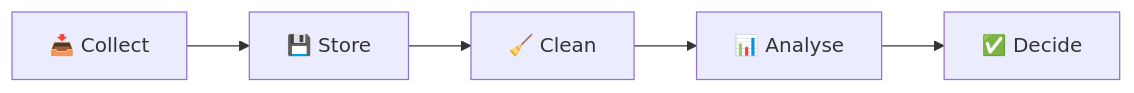
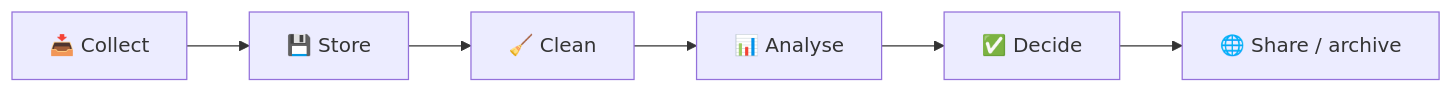
Before and after one commit to MindaugasSarpis/CERN_lessons_on_data_analysis: the first of 2 diagrams in lectures/content/slides/02_Introduction_to_Data.md, drawn with Mermaid. The commit also changed other lines of this file and 4 other files, not shown here.

````diff
--- a/lectures/content/slides/02_Introduction_to_Data.md
+++ b/lectures/content/slides/02_Introduction_to_Data.md
@@ -236,7 +242,8 @@
 ```mermaid {scale: 0.72}
 graph LR
     C[📥 Collect] --> S[💾 Store]
     S --> K[🧹 Clean]
     K --> A[📊 Analyse]
     A --> D[✅ Decide]
+    D --> H[🌐 Share / archive]
 ```
````
